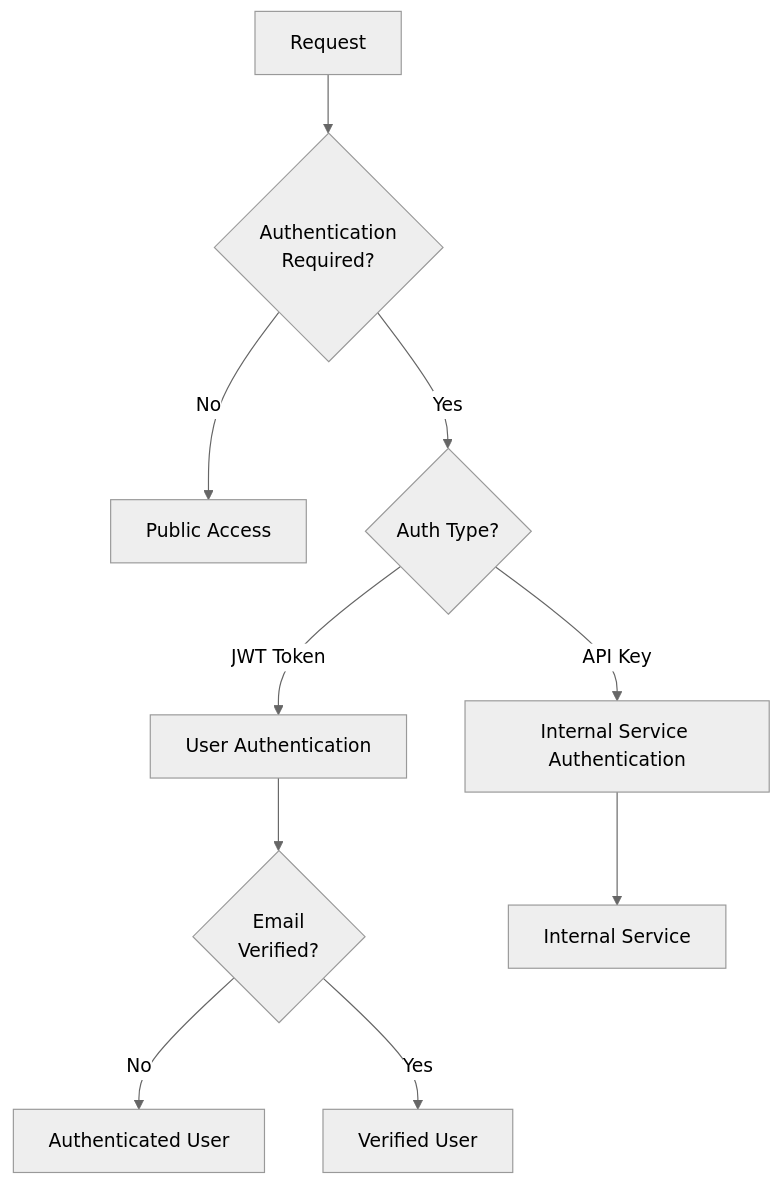
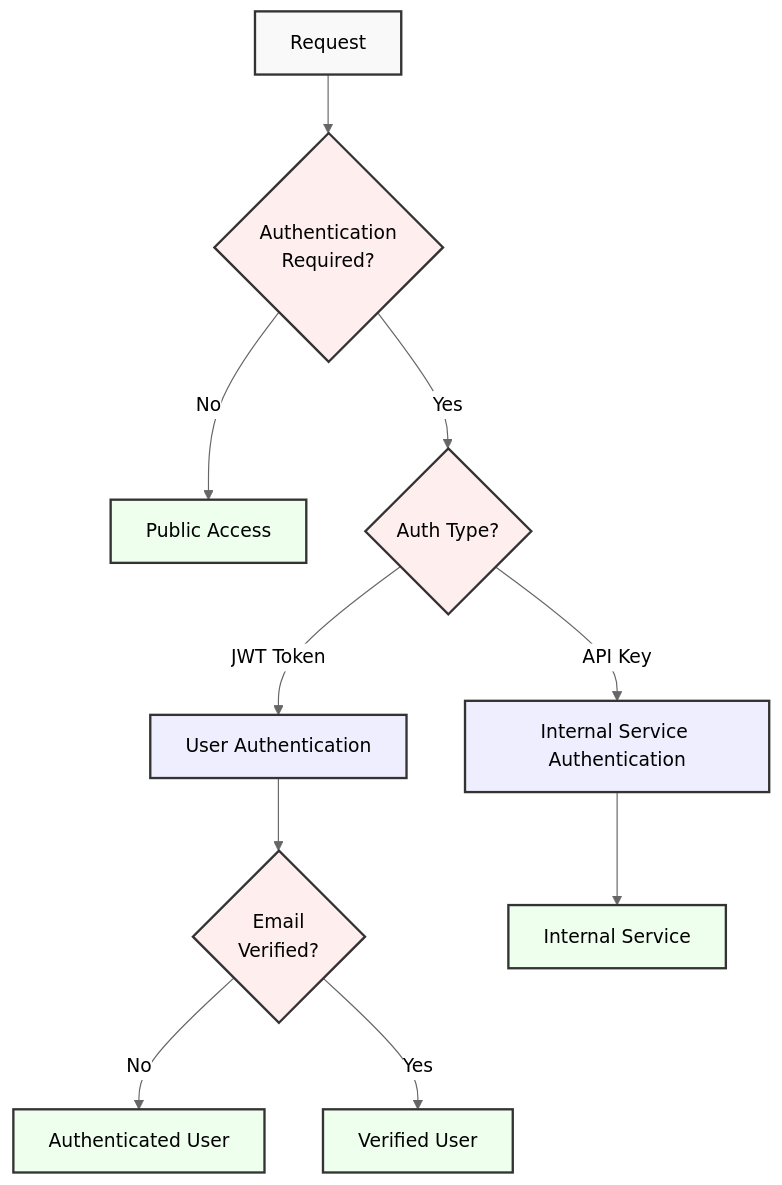
One commit to AIgen-Solutions-s-r-l/fastapi-auth-service changed the second of 6 diagrams in README.md. Above: the diagram before and after it, drawn with Mermaid (neutral theme). The commit also changed other lines of this file, not shown here.

````diff
--- a/README.md
+++ b/README.md
@@ -63,12 +125,23 @@
    ```mermaid
    graph TD
        A[Request] --> B{Authentication<br>Required?}
        B -->|No| C[Public Access]
        B -->|Yes| D{Auth Type?}
        D -->|JWT Token| E[User Authentication]
        D -->|API Key| F[Internal Service Authentication]
        E --> G{Email<br>Verified?}
        G -->|No| H[Authenticated User]
        G -->|Yes| I[Verified User]
        F --> J[Internal Service]
+       
+       style A fill:#f9f9f9,stroke:#333,stroke-width:2px
+       style B fill:#ffeeee,stroke:#333,stroke-width:2px
+       style C fill:#eeffee,stroke:#333,stroke-width:2px
+       style D fill:#ffeeee,stroke:#333,stroke-width:2px
+       style E fill:#eeeeff,stroke:#333,stroke-width:2px
+       style F fill:#eeeeff,stroke:#333,stroke-width:2px
+       style G fill:#ffeeee,stroke:#333,stroke-width:2px
+       style H fill:#eeffee,stroke:#333,stroke-width:2px
+       style I fill:#eeffee,stroke:#333,stroke-width:2px
+       style J fill:#eeffee,stroke:#333,stroke-width:2px
    ```
````
